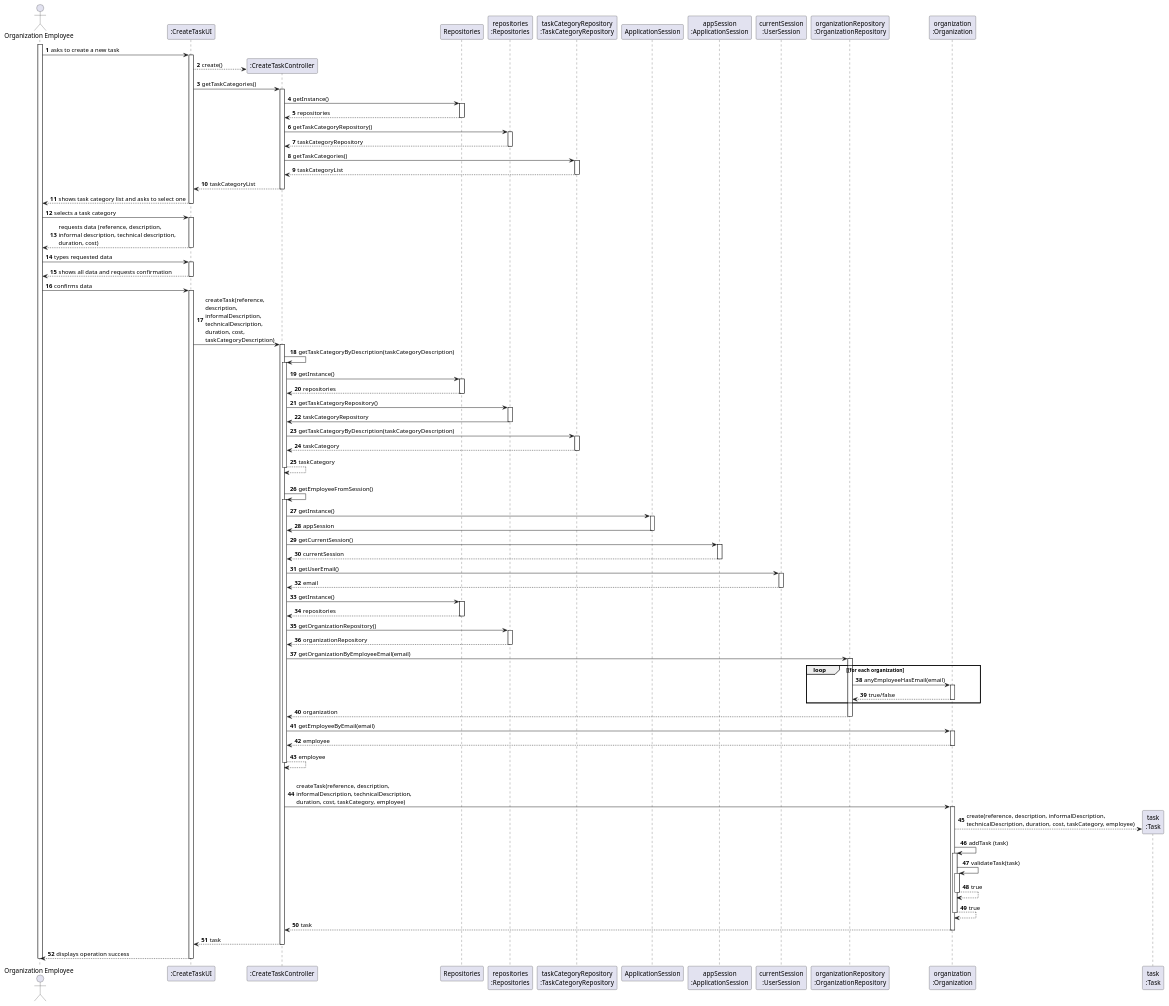
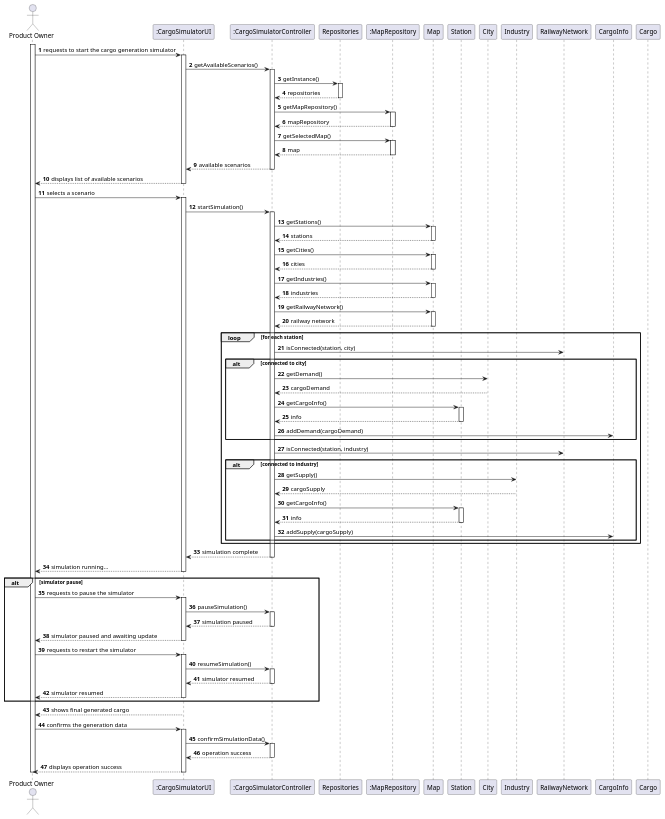
Before and after one commit to 1240935/pi2-railway-simulator: the diagram in Sprint2/US012/03.design/puml/US012-SD-full.puml, drawn with PlantUML.

Commit message:
US012-SD-full.puml finished

```diff
--- a/Sprint2/US012/03.design/puml/US012-SD-full.puml
+++ b/Sprint2/US012/03.design/puml/US012-SD-full.puml
@@ -1,157 +1,138 @@
 @startuml
 'skinparam monochrome true
 skinparam packageStyle rectangle
 skinparam shadowing false
 
 autonumber
 
-'hide footbox
-actor "Organization Employee" as ORG_EMPLOYEE
-participant ":CreateTaskUI" as UI
-participant ":CreateTaskController" as CTRL
+actor "Product Owner" as PO
+participant ":CargoSimulatorUI" as UI
+participant ":CargoSimulatorController" as CTRL
 participant "Repositories" as REPOS
-participant "repositories\n:Repositories" as REPOS_SINGLETON
-participant "taskCategoryRepository\n:TaskCategoryRepository" as TASK_CAT_REPO
-participant "ApplicationSession" as APP_SESSION
-participant "appSession\n:ApplicationSession" as APP_SESSION_SINGLETON
-participant "currentSession\n:UserSession" as CURRENT_SESSION
-participant "organizationRepository\n:OrganizationRepository" as ORG_REPO
-participant "organization\n:Organization" as ORG
-participant "task\n:Task" as TASK
+participant ":MapRepository" as MAP_REPOS
+participant "Map" as MAP
+participant "Station" as STATION
+participant "City" as CITY
+participant "Industry" as INDUSTRY
+participant "RailwayNetwork" as NETWORK
+participant "CargoInfo" as INFO
+participant "Cargo" as CARGO
 
-activate ORG_EMPLOYEE
+activate PO
 
-        ORG_EMPLOYEE -> UI : asks to create a new task
-        activate UI
-            UI --> CTRL** : create()
-
-            UI -> CTRL : getTaskCategories()
-            activate CTRL
-                CTRL -> REPOS : getInstance()
+    PO -> UI : requests to start the cargo generation simulator
+    activate UI
+        UI -> CTRL : getAvailableScenarios()
+        activate CTRL
+            CTRL -> REPOS : getInstance()
                 activate REPOS
-                    REPOS --> CTRL: repositories
+                REPOS --> CTRL : repositories
                 deactivate REPOS
 
-                CTRL -> REPOS_SINGLETON : getTaskCategoryRepository()
-                activate REPOS_SINGLETON
-                    REPOS_SINGLETON --> CTRL: taskCategoryRepository
-                deactivate REPOS_SINGLETON
+            CTRL -> MAP_REPOS : getMapRepository()
+                activate MAP_REPOS
+                MAP_REPOS --> CTRL : mapRepository
+                deactivate MAP_REPOS
 
-                CTRL -> TASK_CAT_REPO : getTaskCategories()
-                activate TASK_CAT_REPO
-                    TASK_CAT_REPO --> CTRL : taskCategoryList
-                deactivate TASK_CAT_REPO
+            CTRL -> MAP_REPOS : getSelectedMap()
+                activate MAP_REPOS
+                MAP_REPOS --> CTRL : map
+                deactivate MAP_REPOS
 
-                CTRL --> UI : taskCategoryList
+            CTRL --> UI : available scenarios
+        deactivate CTRL
+
+        UI --> PO : displays list of available scenarios
+    deactivate UI
+
+    PO -> UI : selects a scenario
+    activate UI
+        UI -> CTRL : startSimulation()
+        activate CTRL
+
+            CTRL -> MAP : getStations()
+            activate MAP
+            MAP --> CTRL : stations
+            deactivate MAP
+
+            CTRL -> MAP : getCities()
+            activate MAP
+            MAP --> CTRL : cities
+            deactivate MAP
+
+            CTRL -> MAP : getIndustries()
+            activate MAP
+            MAP --> CTRL : industries
+            deactivate MAP
+
+            CTRL -> MAP : getRailwayNetwork()
+            activate MAP
+            MAP --> CTRL : railway network
+            deactivate MAP
+
+            loop for each station
+                CTRL -> NETWORK : isConnected(station, city)
+                alt connected to city
+                    CTRL -> CITY : getDemand()
+                    CITY --> CTRL : cargoDemand
+                    CTRL -> STATION : getCargoInfo()
+                    activate STATION
+                    STATION --> CTRL : info
+                    deactivate STATION
+                    CTRL -> INFO : addDemand(cargoDemand)
+                end alt
+
+                CTRL -> NETWORK : isConnected(station, industry)
+                alt connected to industry
+                    CTRL -> INDUSTRY : getSupply()
+                    INDUSTRY --> CTRL : cargoSupply
+                    CTRL -> STATION : getCargoInfo()
+                    activate STATION
+                    STATION --> CTRL : info
+                    deactivate STATION
+                    CTRL -> INFO : addSupply(cargoSupply)
+                end alt
+            end loop
+
+        CTRL --> UI : simulation complete
+        deactivate CTRL
+
+        UI --> PO : simulation running...
+    deactivate UI
+
+    alt simulator pause
+
+        PO -> UI : requests to pause the simulator
+        activate UI
+            UI -> CTRL : pauseSimulation()
+            activate CTRL
+            CTRL --> UI : simulation paused
             deactivate CTRL
-
-            UI --> ORG_EMPLOYEE : shows task category list and asks to select one
+        UI --> PO : simulator paused and awaiting update
         deactivate UI
 
-    ORG_EMPLOYEE -> UI : selects a task category
-    activate UI
-        UI --> ORG_EMPLOYEE : requests data (reference, description, \ninformal description, technical description,\nduration, cost)
+        PO -> UI : requests to restart the simulator
+        activate UI
+            UI -> CTRL : resumeSimulation()
+            activate CTRL
+            CTRL --> UI : simulator resumed
+            deactivate CTRL
+        UI --> PO : simulator resumed
+        deactivate UI
+
+    end alt
+
+    UI --> PO : shows final generated cargo
     deactivate UI
 
-    ORG_EMPLOYEE -> UI : types requested data
+    PO -> UI : confirms the generation data
     activate UI
-        UI --> ORG_EMPLOYEE : shows all data and requests confirmation
+        UI -> CTRL : confirmSimulationData()
+        activate CTRL
+        CTRL --> UI : operation success
+        deactivate CTRL
+    UI --> PO : displays operation success
     deactivate UI
 
-    ORG_EMPLOYEE -> UI : confirms data
-    activate UI
-        UI -> CTRL : createTask(reference,\ndescription,\ninformalDescription,\ntechnicalDescription,\nduration, cost,\ntaskCategoryDescription)
-        activate CTRL
-            CTRL -> CTRL : getTaskCategoryByDescription(taskCategoryDescription)
-            activate CTRL
-                CTRL -> REPOS : getInstance()
-                activate REPOS
-                    REPOS --> CTRL: repositories
-                deactivate REPOS
-
-                CTRL -> REPOS_SINGLETON : getTaskCategoryRepository()
-                activate REPOS_SINGLETON
-                    REPOS_SINGLETON -> CTRL : taskCategoryRepository
-                deactivate REPOS_SINGLETON
-
-                CTRL -> TASK_CAT_REPO : getTaskCategoryByDescription(taskCategoryDescription)
-                activate TASK_CAT_REPO
-                    TASK_CAT_REPO --> CTRL : taskCategory
-                deactivate TASK_CAT_REPO
-                    CTRL --> CTRL : taskCategory
-            deactivate CTRL
-
-            |||
-            CTRL -> CTRL : getEmployeeFromSession()
-            activate CTRL
-                CTRL -> APP_SESSION: getInstance()
-                activate APP_SESSION
-                    APP_SESSION -> CTRL: appSession
-                deactivate APP_SESSION
-
-                CTRL -> APP_SESSION_SINGLETON: getCurrentSession()
-                activate APP_SESSION_SINGLETON
-                    APP_SESSION_SINGLETON --> CTRL: currentSession
-                deactivate APP_SESSION_SINGLETON
-
-                CTRL -> CURRENT_SESSION: getUserEmail()
-                activate CURRENT_SESSION
-                    CURRENT_SESSION --> CTRL: email
-                deactivate CURRENT_SESSION
-
-                CTRL -> REPOS : getInstance()
-                activate REPOS
-                    REPOS --> CTRL: repositories
-                deactivate REPOS
-
-                CTRL -> REPOS_SINGLETON: getOrganizationRepository()
-                activate REPOS_SINGLETON
-                    REPOS_SINGLETON --> CTRL: organizationRepository
-                deactivate REPOS_SINGLETON
-
-                CTRL -> ORG_REPO: getOrganizationByEmployeeEmail(email)
-                activate ORG_REPO
-
-                    loop [for each organization
-                        ORG_REPO -> ORG : anyEmployeeHasEmail(email)
-                        activate ORG
-                             ORG --> ORG_REPO : true/false
-                        deactivate ORG
-                    end
-                    ORG_REPO --> CTRL : organization
-                deactivate ORG_REPO
-
-                CTRL -> ORG: getEmployeeByEmail(email)
-                activate ORG
-                    ORG --> CTRL : employee
-                deactivate ORG
-
-                CTRL --> CTRL : employee
-            deactivate CTRL
-
-            |||
-            CTRL -> ORG: createTask(reference, description,\ninformalDescription, technicalDescription,\nduration, cost, taskCategory, employee)
-            activate ORG
-                ORG --> TASK**: create(reference, description, informalDescription, \ntechnicalDescription, duration, cost, taskCategory, employee)
-
-                ORG -> ORG: addTask (task)
-                activate ORG
-                    ORG -> ORG: validateTask(task)
-                    activate ORG
-                        ORG --> ORG : true
-                    deactivate ORG
-
-                    ORG --> ORG : true
-                deactivate ORG
-
-                ORG --> CTRL : task
-            deactivate ORG
-
-            CTRL --> UI: task
-            deactivate CTRL
-            UI --> ORG_EMPLOYEE: displays operation success
-    deactivate UI
-
-deactivate ORG_EMPLOYEE
-
+deactivate PO
 @enduml
```
